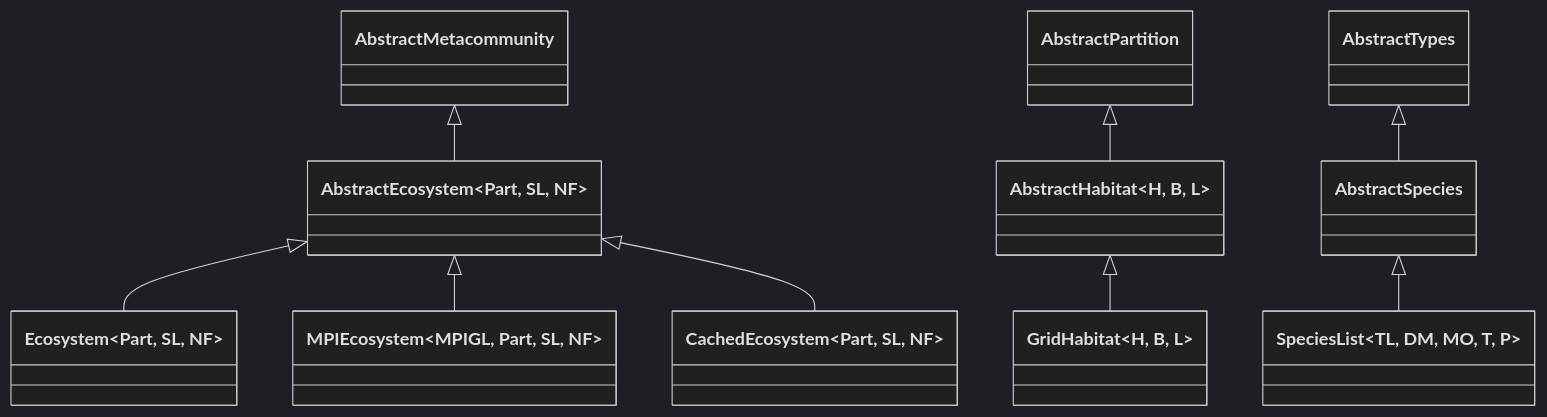
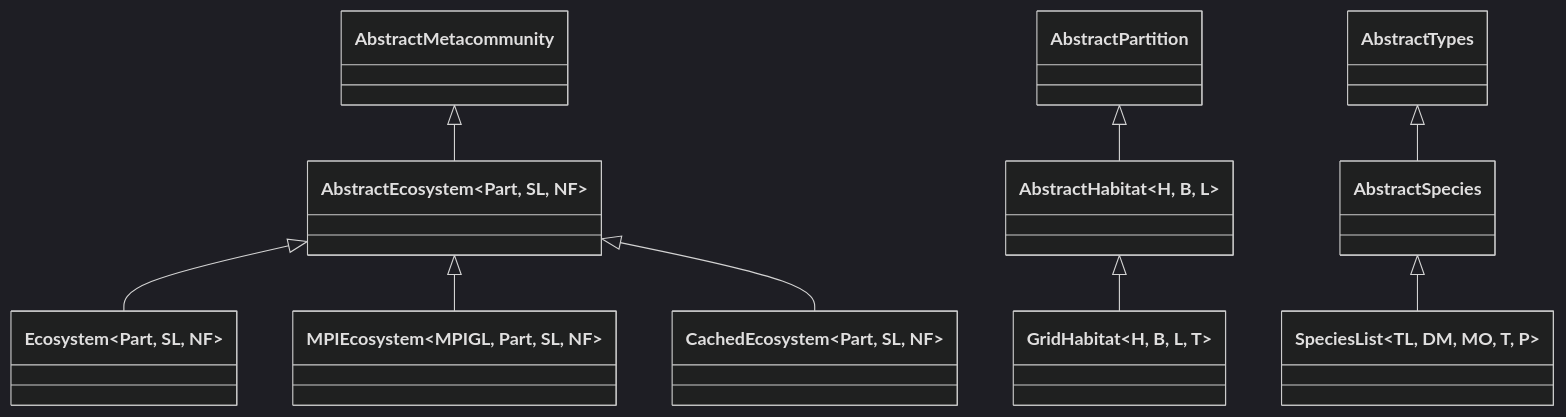
The second of 17 diagrams in docs/architecture.md (EcoJulia/EcoSISTEM.jl), drawn with Mermaid (dark theme) before and after one commit. The commit also changed other lines of this file and 3 other files, not shown here.

Commit message:
Parameterise GridHabitat on topology to avoid allocation in hot loop

````diff
--- a/docs/architecture.md
+++ b/docs/architecture.md
@@ -78,18 +78,18 @@
 ```mermaid
 classDiagram
     class AbstractEcosystem~Part, SL, NF~
     class Ecosystem~Part, SL, NF~
     class MPIEcosystem~MPIGL, Part, SL, NF~
     class CachedEcosystem~Part, SL, NF~
     class AbstractHabitat~H, B, L~
-    class GridHabitat~H, B, L~
+    class GridHabitat~H, B, L, T~
     class SpeciesList~TL, DM, MO, T, P~
     AbstractMetacommunity <|-- AbstractEcosystem
     AbstractEcosystem <|-- Ecosystem
     AbstractEcosystem <|-- MPIEcosystem
     AbstractEcosystem <|-- CachedEcosystem
     AbstractPartition <|-- AbstractHabitat
     AbstractHabitat   <|-- GridHabitat
     AbstractTypes <|-- AbstractSpecies
     AbstractSpecies <|-- SpeciesList
 ```
````
